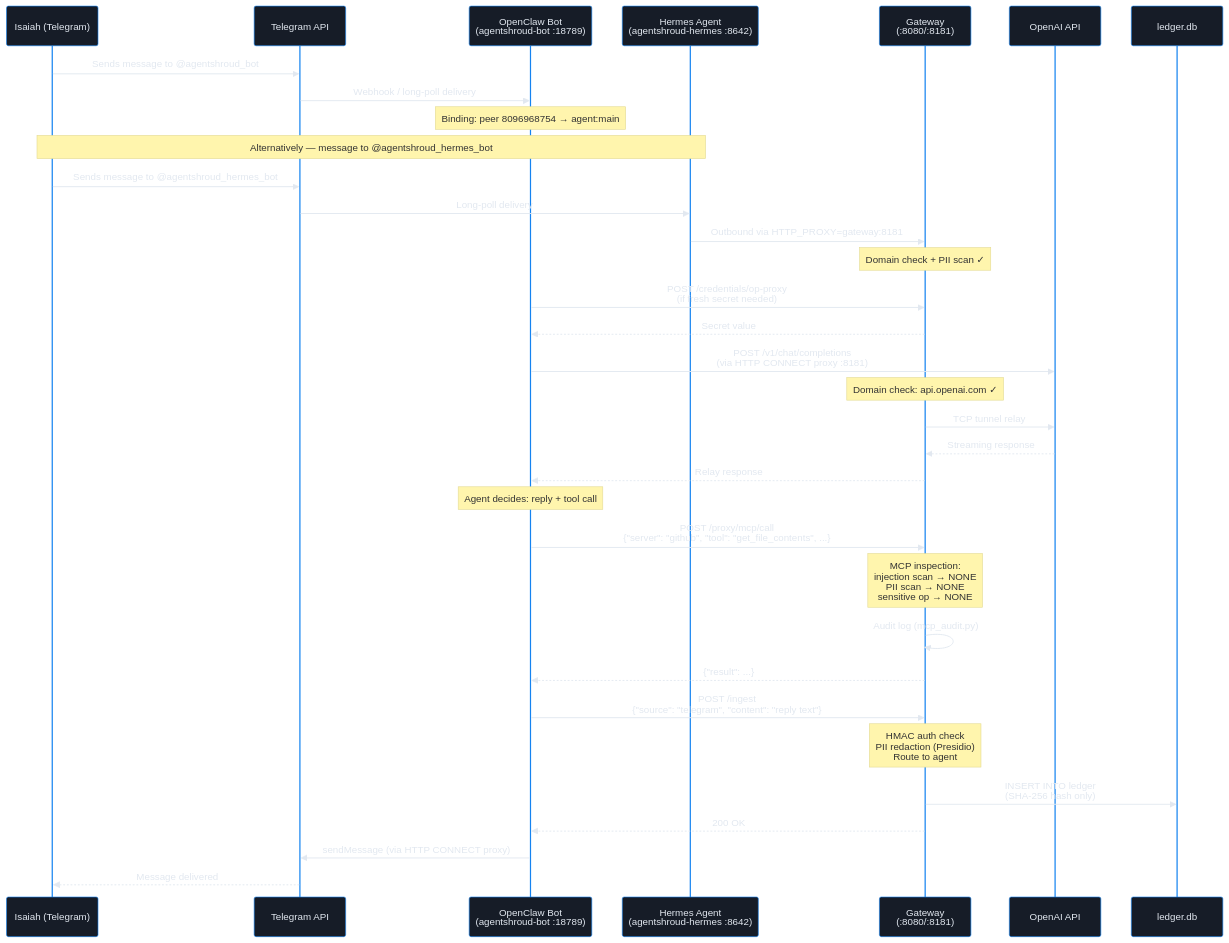
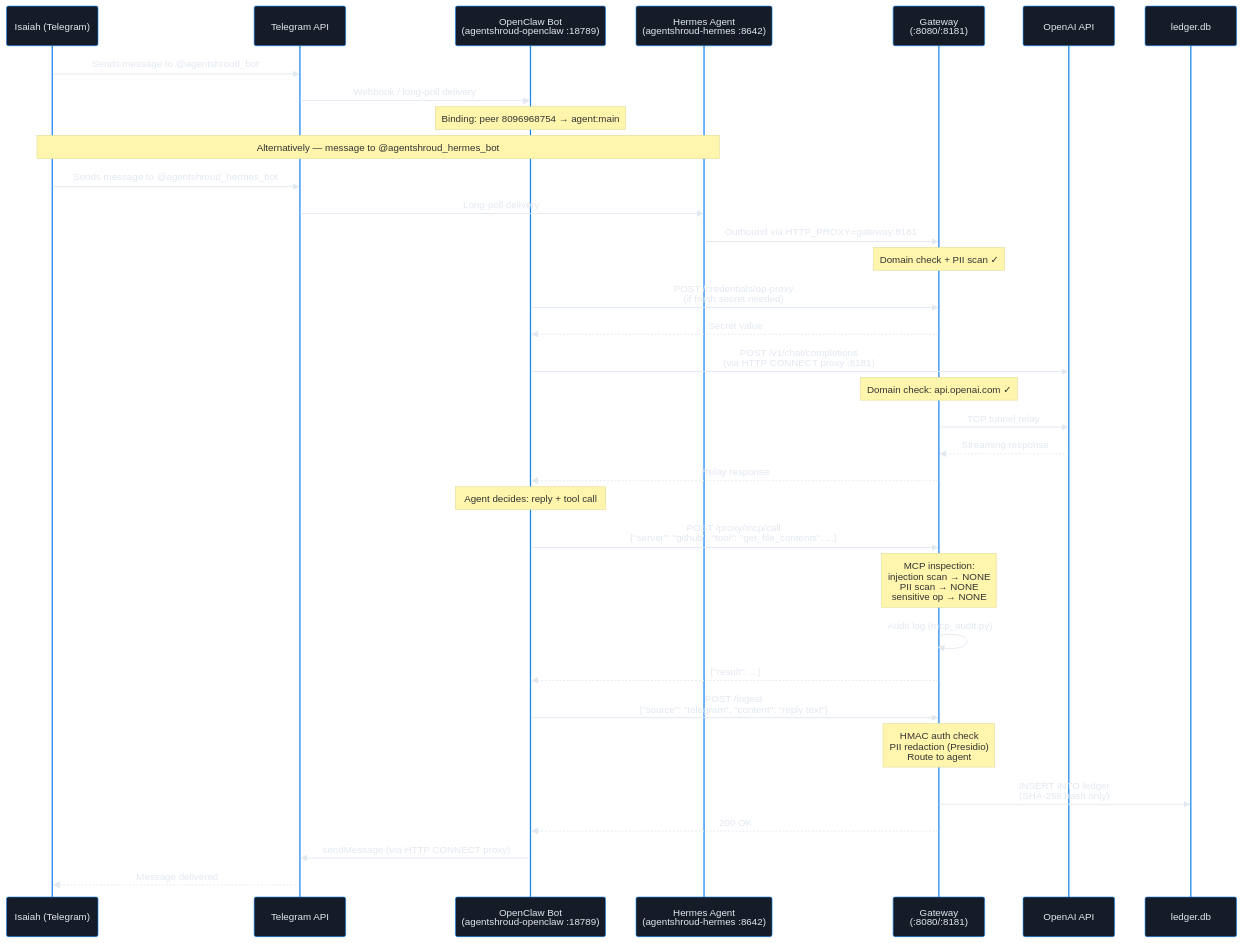
Before and after one commit to idallasjlabs/agentshroud: the second of 4 diagrams in docs/diagrams/05-behavior.md, drawn with Mermaid. The commit also changed 69 other files, not shown here.

````diff
--- a/docs/diagrams/05-behavior.md
+++ b/docs/diagrams/05-behavior.md
@@ -91,45 +91,45 @@
 ```mermaid
 %%{init: {'theme': 'base', 'themeVariables': {'primaryColor': '#161c27', 'primaryTextColor': '#e2e8f0', 'primaryBorderColor': '#1583f0', 'lineColor': '#3a7bd5', 'secondaryColor': '#0f1219', 'tertiaryColor': '#08090b', 'background': '#08090b', 'mainBkg': '#161c27', 'nodeBorder': '#1583f0', 'clusterBkg': '#0f1219', 'clusterBorder': '#232b3d', 'titleColor': '#4da2f4', 'edgeLabelBackground': '#0f1219', 'fontFamily': 'Inter, system-ui, sans-serif', 'fontSize': '14px'}}}%%
 sequenceDiagram
     participant Isaiah as Isaiah (Telegram)
     participant TG as Telegram API
-    participant Bot as OpenClaw Bot<br/>(agentshroud-bot :18789)
+    participant Bot as OpenClaw Bot<br/>(agentshroud-openclaw :18789)
     participant Hermes as Hermes Agent<br/>(agentshroud-hermes :8642)
     participant GW as Gateway<br/>(:8080/:8181)
     participant OAI as OpenAI API
     participant Ledger as ledger.db
 
     Isaiah->>TG: Sends message to @agentshroud_bot
     TG->>Bot: Webhook / long-poll delivery
     Note over Bot: Binding: peer 8096968754 → agent:main
 
     Note over Isaiah,Hermes: Alternatively — message to @agentshroud_hermes_bot
     Isaiah->>TG: Sends message to @agentshroud_hermes_bot
     TG->>Hermes: Long-poll delivery
     Hermes->>GW: Outbound via HTTP_PROXY=gateway:8181
     Note over GW: Domain check + PII scan ✓
 
     Bot->>GW: POST /credentials/op-proxy<br/>(if fresh secret needed)
     GW-->>Bot: Secret value
 
     Bot->>OAI: POST /v1/chat/completions<br/>(via HTTP CONNECT proxy :8181)
     Note over GW: Domain check: api.openai.com ✓
     GW->>OAI: TCP tunnel relay
     OAI-->>GW: Streaming response
     GW-->>Bot: Relay response
 
     Note over Bot: Agent decides: reply + tool call
 
     Bot->>GW: POST /proxy/mcp/call<br/>{"server": "github", "tool": "get_file_contents", ...}
     Note over GW: MCP inspection:<br/>injection scan → NONE<br/>PII scan → NONE<br/>sensitive op → NONE
     GW->>GW: Audit log (mcp_audit.py)
     GW-->>Bot: {"result": ...}
 
     Bot->>GW: POST /ingest<br/>{"source": "telegram", "content": "reply text"}
     Note over GW: HMAC auth check<br/>PII redaction (Presidio)<br/>Route to agent
     GW->>Ledger: INSERT INTO ledger<br/>(SHA-256 hash only)
     GW-->>Bot: 200 OK
 
     Bot->>TG: sendMessage (via HTTP CONNECT proxy)
     TG-->>Isaiah: Message delivered
 ```
````
